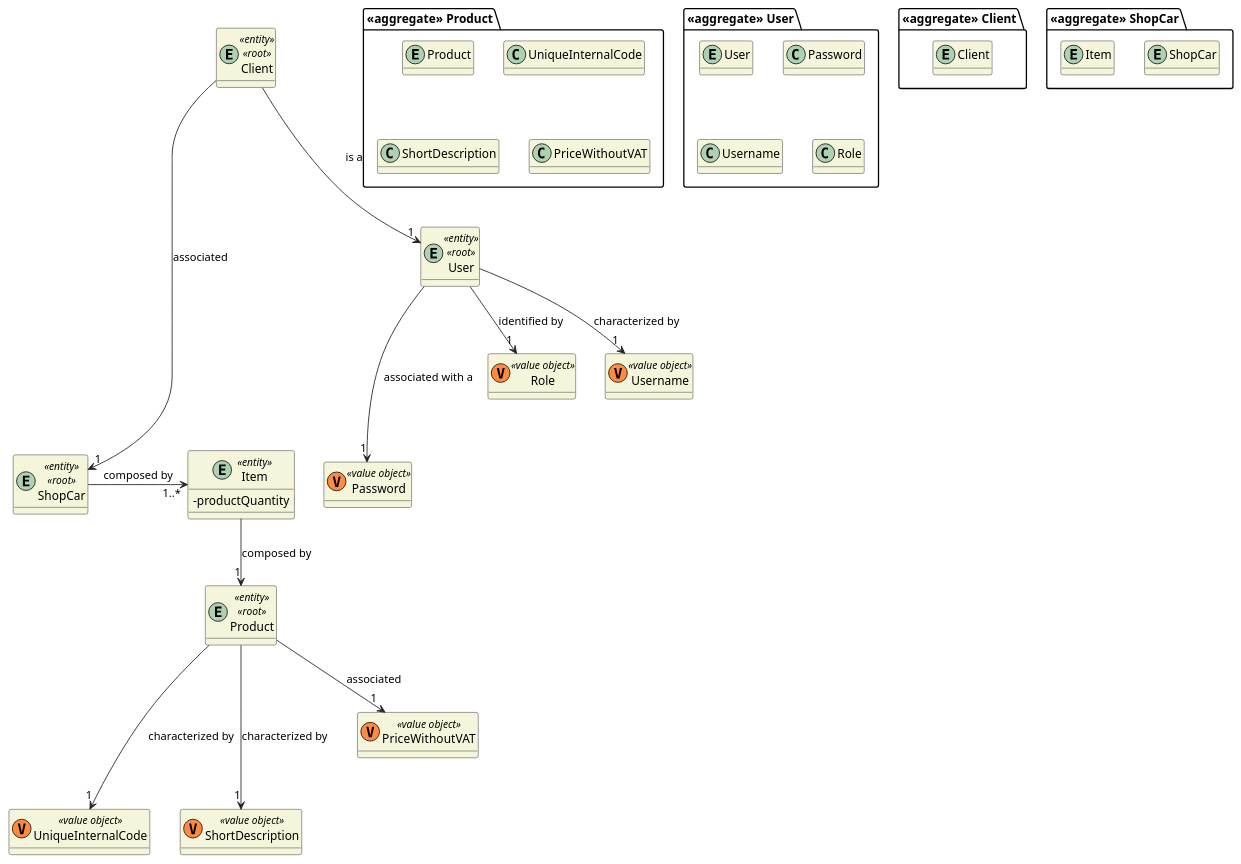
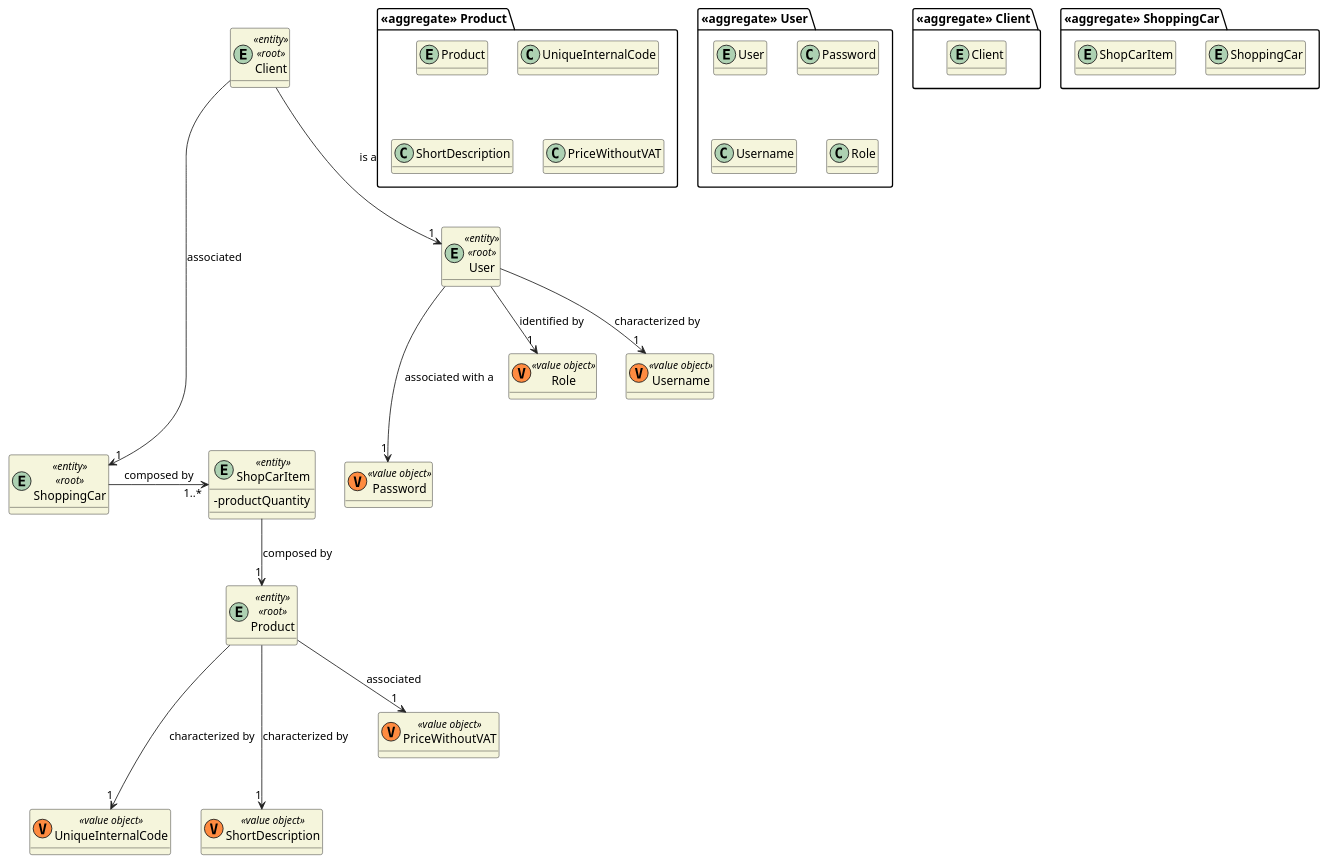
One commit to 0franciscor/lei21_22_s4_2de_01 changed the diagram in docs/1201386/US1501/DM_ShoppingCart.puml. Above: the diagram before and after it, drawn with PlantUML. The commit also changed 7 other files, not shown here.

```diff
--- a/docs/1201386/US1501/DM_ShoppingCart.puml
+++ b/docs/1201386/US1501/DM_ShoppingCart.puml
@@ -1,82 +1,82 @@
 @startuml
 'https://plantuml.com/class-diagram
 
 skinparam classAttributeIconSize 0
 hide empty attributes
 skinparam classBackgroundColor beige
 skinparam ArrowColor #222222
 
 
 
 package "<<aggregate>> Client" {
     entity Client
 }
 
 entity Client <<entity>> <<root>> {
 
 }
 
 
 entity Client <<entity>> <<root>> {
 
 }
-package "<<aggregate>> ShopCar"{
-    entity ShopCar
-    entity Item
+package "<<aggregate>> ShoppingCar"{
+    entity ShoppingCar
+    entity ShopCarItem
 }
 
-entity ShopCar <<entity>> <<root>>{
+entity ShoppingCar <<entity>> <<root>>{
 
 }
-entity Item <<entity>> {
+entity  ShopCarItem <<entity>> {
     -productQuantity
 
 }
 package "<<aggregate>> Product"{
      entity Product
      class UniqueInternalCode
      class ShortDescription
      class PriceWithoutVAT
 }
 
 entity Product <<entity>> <<root>> {
 
 }
 
 package "<<aggregate>> User" {
     entity User
     class Password
     class Username
     class Role
 }
 
 class UniqueInternalCode <<(V,#FF8B40) value object>> {}
 class ShortDescription <<(V,#FF8B40) value object>> {}
 class PriceWithoutVAT <<(V,#FF8B40) value object>> {}
 
 
 entity User <<entity>> <<root>> {
 
 }
 
 class Password <<(V,#FF8B40) value object>> {}
 class Role <<(V,#FF8B40) value object>> {}
 class Username <<(V,#FF8B40) value object>> {}
 
 
 User ---> "1" Password : associated with a
 User --> "1" Username : characterized by
 User --> "1" Role : identified by
 
 
-Client -----> "1" ShopCar : associated
+Client -----> "1" ShoppingCar : associated
 Client ---> "1" User : is a
-Item --> "1" Product : composed by
-ShopCar -> "1..*" Item : composed by
+ShopCarItem --> "1" Product : composed by
+ShoppingCar -> "1..*"  ShopCarItem : composed by
 
 Product ---> "1" ShortDescription: characterized by
 Product ---> "1" UniqueInternalCode: characterized by
 Product --> "1" PriceWithoutVAT: associated
 
 
 @enduml
```
